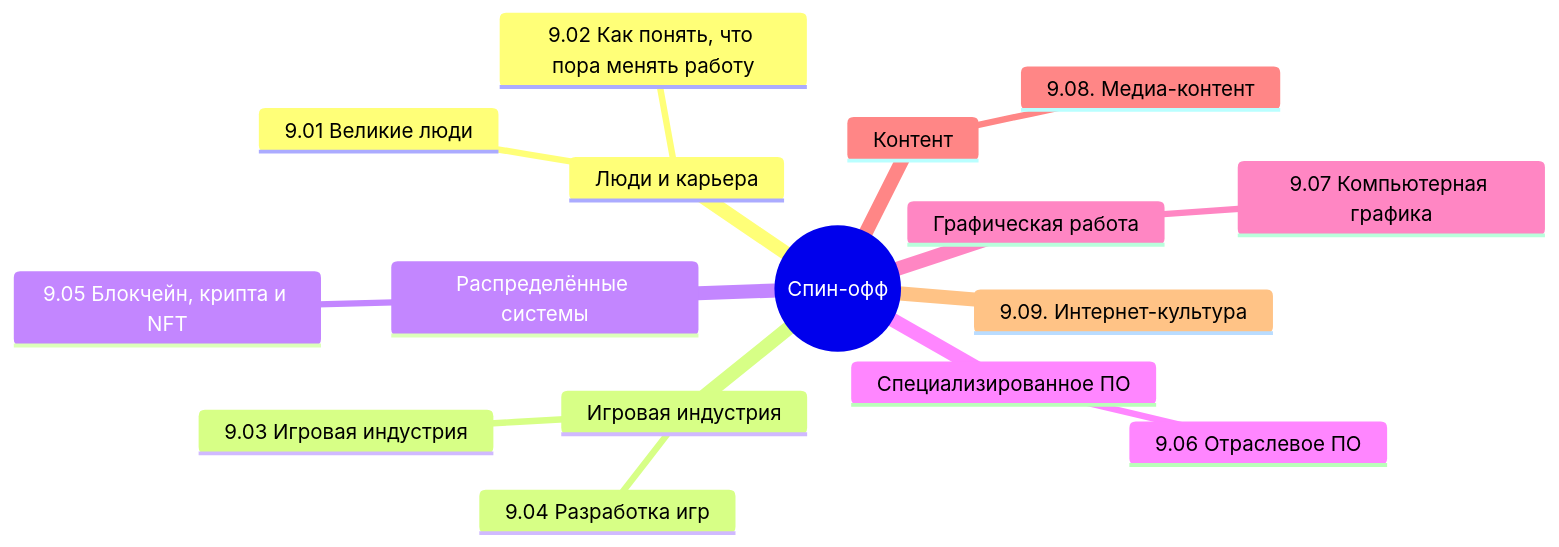
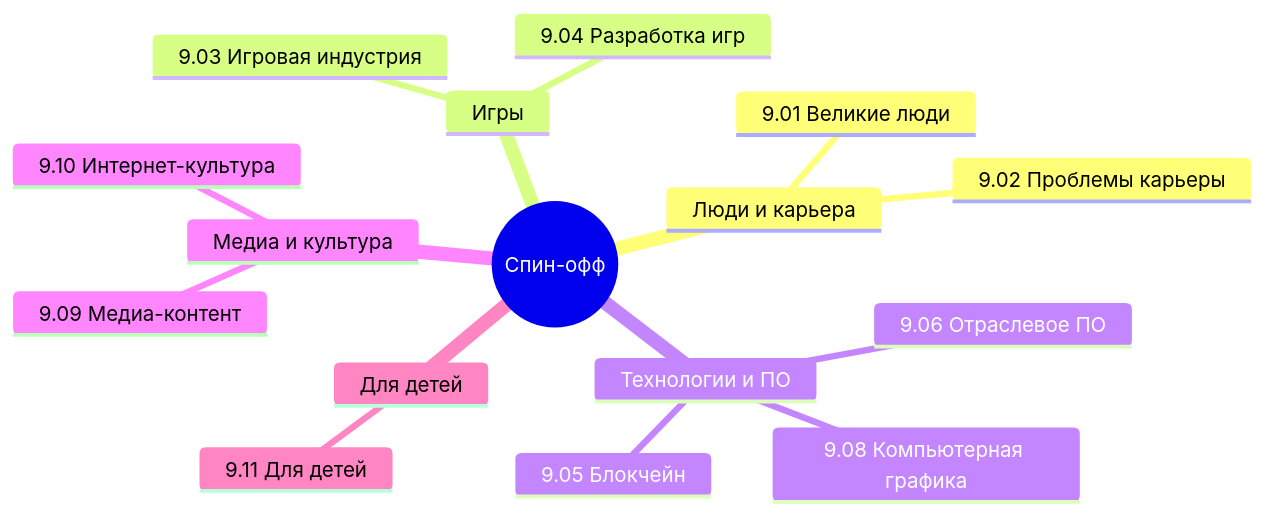
The diagram in docs/section/spinoff.md (Spirzen/it-knowledge-base), drawn with Mermaid before and after one commit. The commit also changed other lines of this file and 315 other files, not shown here.

````diff
--- a/docs/section/spinoff.md
+++ b/docs/section/spinoff.md
@@ -20,19 +20,19 @@
 ```mermaid
 mindmap
   root((Спин-офф))
     Люди и карьера
       9.01 Великие люди
-      9.02 Как понять, что пора менять работу
-    Игровая индустрия
+      9.02 Проблемы карьеры
+    Игры
       9.03 Игровая индустрия
       9.04 Разработка игр
-    Распределённые системы
-      9.05 Блокчейн, крипта и NFT
-    Специализированное ПО
+    Технологии и ПО
+      9.05 Блокчейн
       9.06 Отраслевое ПО
-    Графическая работа
-      9.07 Компьютерная графика
-    Контент
-      9.08. Медиа-контент
-	  9.09. Интернет-культура
+      9.08 Компьютерная графика
+    Медиа и культура
+      9.09 Медиа-контент
+      9.10 Интернет-культура
+    Для детей
+      9.11 Для детей
 ```
````
